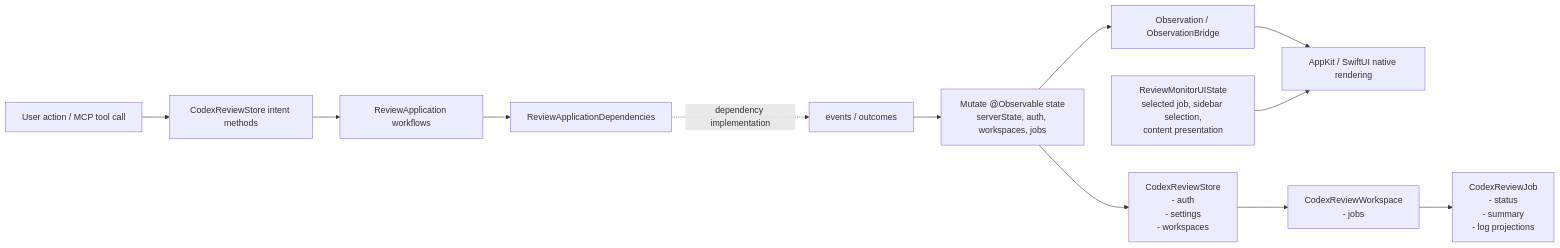
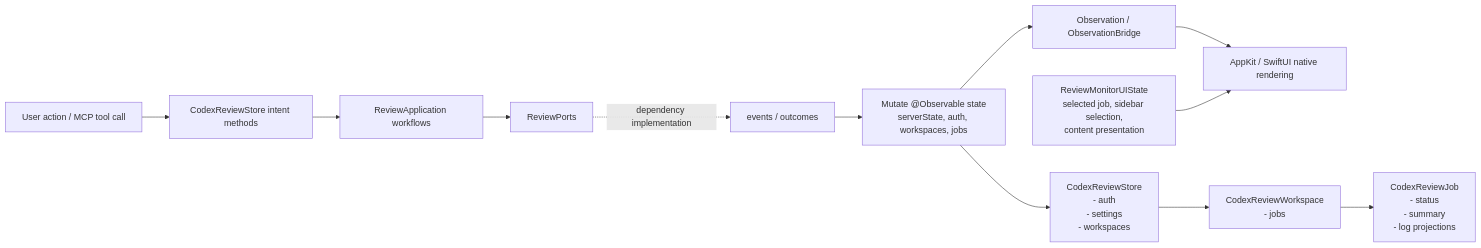
Before and after one commit to lynnswap/CodexReviewMCP: the seventh of 8 diagrams in Docs/architecture-overview.md, drawn with Mermaid. The commit also changed other lines of this file and 127 other files, not shown here.

Commit message:
refactor(targets): rename architecture targets

````diff
--- a/Docs/architecture-overview.md
+++ b/Docs/architecture-overview.md
@@ -346,15 +346,15 @@
 ```mermaid
 flowchart LR
     Intent["User action / MCP tool call"] --> StoreAPI["CodexReviewStore intent methods"]
     StoreAPI --> Workflows["ReviewApplication workflows"]
-    Workflows --> Dependencies["ReviewApplicationDependencies"]
+    Workflows --> Dependencies["ReviewPorts"]
     Dependencies -.->|dependency implementation| Outcome["events / outcomes"]
     Outcome --> Mutation["Mutate @Observable state<br/>serverState, auth, workspaces, jobs"]
     Mutation --> Observation["Observation / ObservationBridge"]
     Observation --> NativeUI["AppKit / SwiftUI native rendering"]
 
     UIState["ReviewMonitorUIState<br/>selected job, sidebar selection,<br/>content presentation"] --> NativeUI
     Mutation --> StoreTree["CodexReviewStore<br/>- auth<br/>- settings<br/>- workspaces"]
     StoreTree --> WorkspaceTree["CodexReviewWorkspace<br/>- jobs"]
     WorkspaceTree --> JobTree["CodexReviewJob<br/>- status<br/>- summary<br/>- log projections"]
 ```
````
